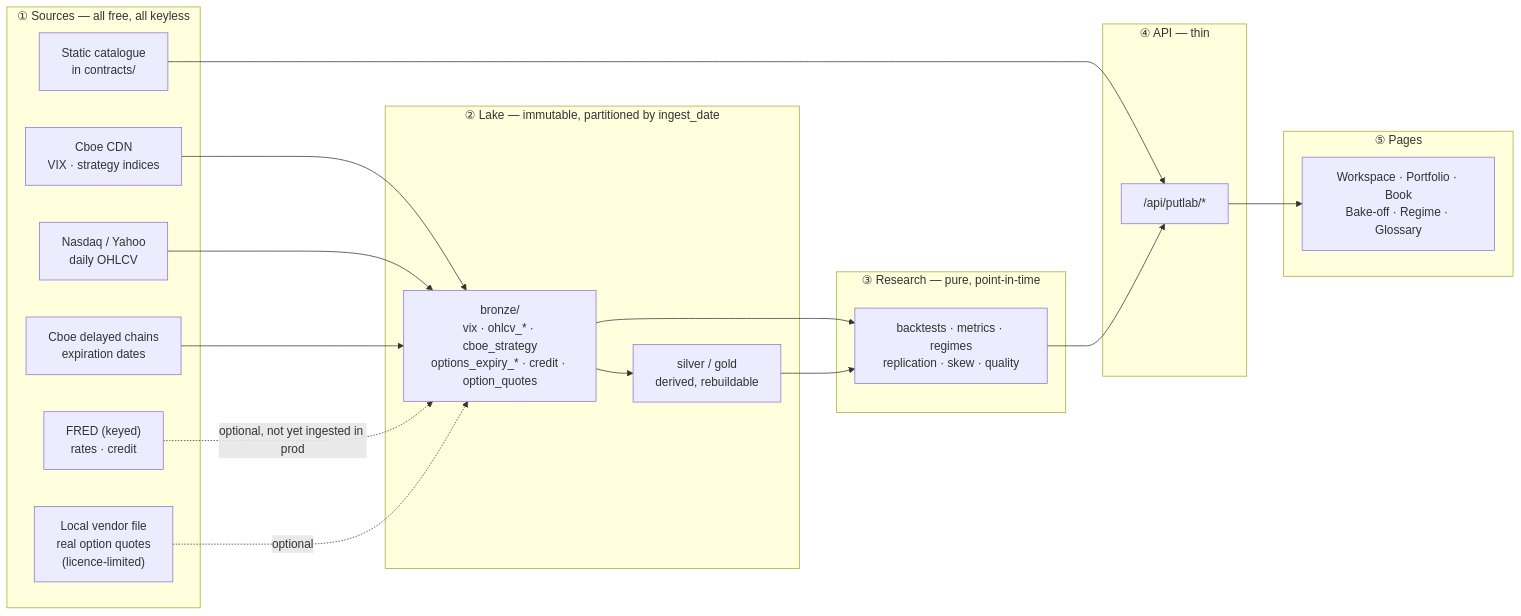
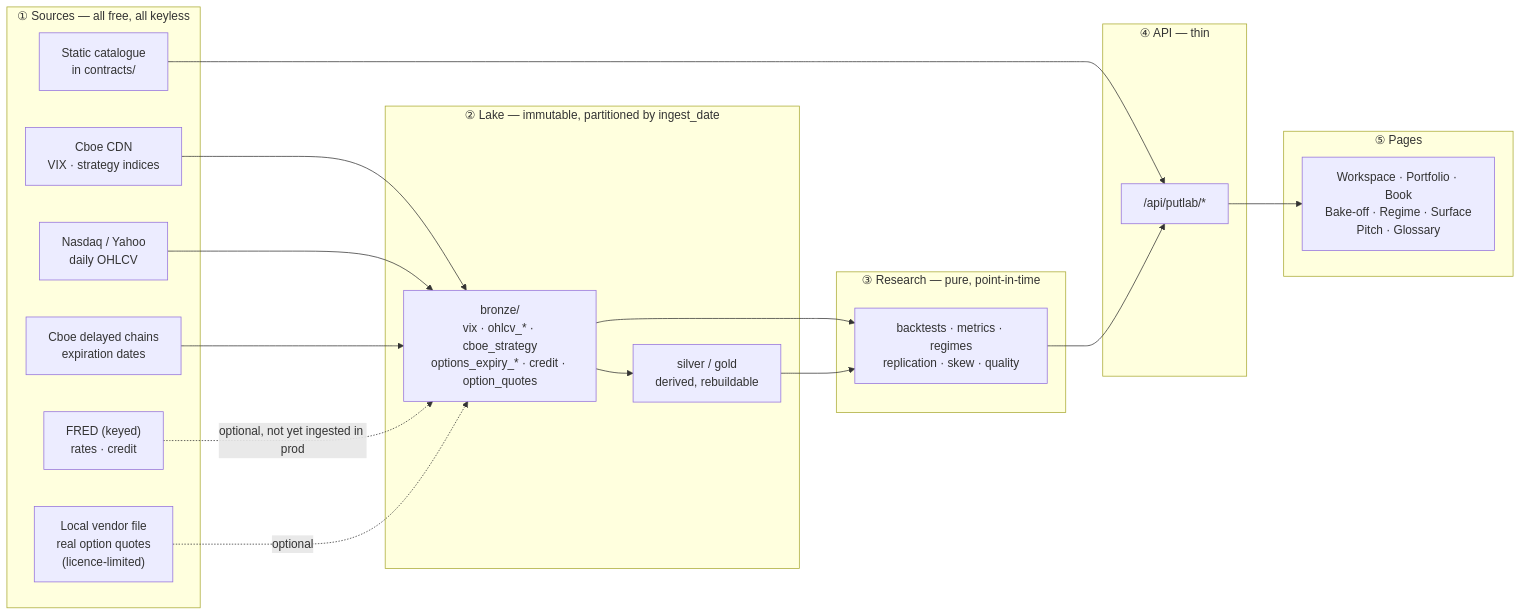
Before and after one commit to diomavro/tail-lab: the first of 2 diagrams in docs/DATA_FLOW.md, drawn with Mermaid. The commit also changed other lines of this file and 20 other files, not shown here.

````diff
--- a/docs/DATA_FLOW.md
+++ b/docs/DATA_FLOW.md
@@ -25,36 +25,36 @@
 ```mermaid
 flowchart LR
     subgraph S["① Sources — all free, all keyless"]
         CBOE["Cboe CDN<br/>VIX · strategy indices"]
         NDQ["Nasdaq / Yahoo<br/>daily OHLCV"]
         CHAIN["Cboe delayed chains<br/>expiration dates"]
         FRED["FRED (keyed)<br/>rates · credit"]
         LOCAL["Local vendor file<br/>real option quotes<br/>(licence-limited)"]
         STATIC["Static catalogue<br/>in contracts/"]
     end
     subgraph L["② Lake — immutable, partitioned by ingest_date"]
         BRONZE["bronze/<br/>vix · ohlcv_* · cboe_strategy<br/>options_expiry_* · credit · option_quotes"]
         SG["silver / gold<br/>derived, rebuildable"]
     end
     subgraph R["③ Research — pure, point-in-time"]
         CALC["backtests · metrics · regimes<br/>replication · skew · quality"]
     end
     subgraph A["④ API — thin"]
         ROUTES["/api/putlab/*"]
     end
     subgraph U["⑤ Pages"]
-        PAGES["Workspace · Portfolio · Book<br/>Bake-off · Regime · Glossary"]
+        PAGES["Workspace · Portfolio · Book<br/>Bake-off · Regime · Surface<br/>Pitch · Glossary"]
     end
 
     CBOE --> BRONZE
     NDQ --> BRONZE
     CHAIN --> BRONZE
     FRED -.optional, not yet ingested in prod.-> BRONZE
     LOCAL -.optional.-> BRONZE
     STATIC --> ROUTES
     BRONZE --> SG
     BRONZE --> CALC
     SG --> CALC
     CALC --> ROUTES
     ROUTES --> PAGES
 ```
````
